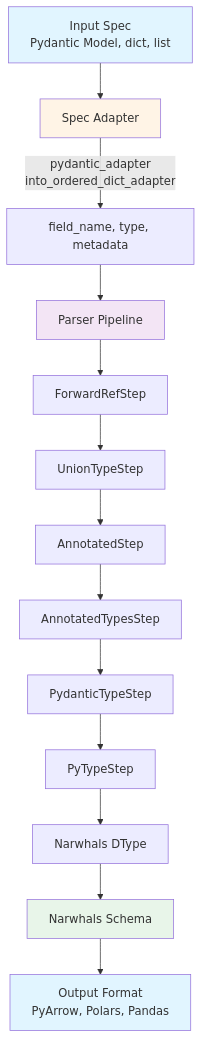
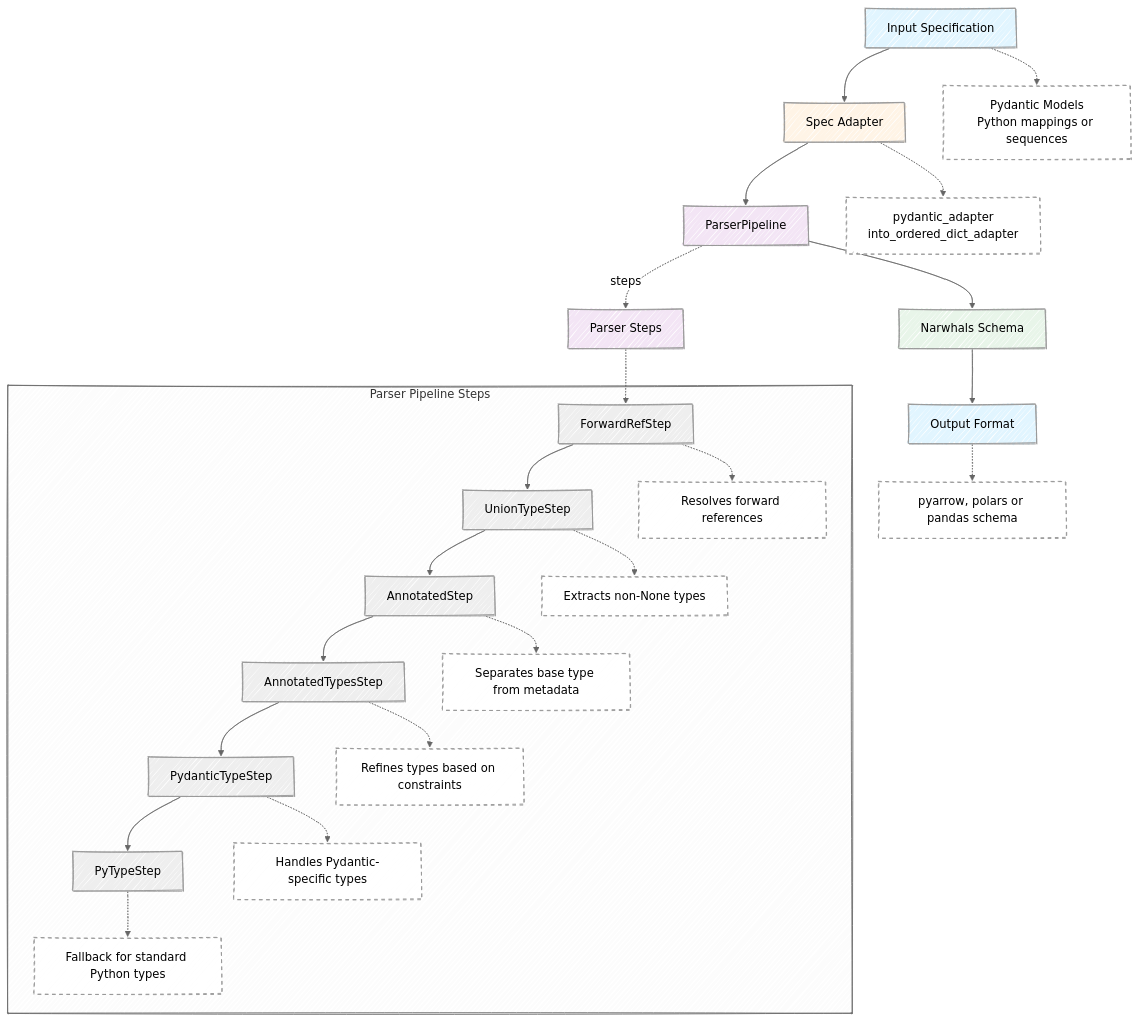
The diagram in docs/architecture.md (FBruzzesi/anyschema), drawn with Mermaid before and after one commit. The commit also changed other lines of this file and 1 other file, not shown here.

Commit message:
architecture

````diff
--- a/docs/architecture.md
+++ b/docs/architecture.md
@@ -12,23 +14,62 @@
 ```mermaid
+---
+config:
+  look: handDrawn
+  theme: neutral
+---
 flowchart TD
-    A[Input Spec<br/>Pydantic Model, dict, list] --> B[Spec Adapter]
-    B -->|pydantic_adapter<br/>into_ordered_dict_adapter| C[field_name, type, metadata]
-    C --> D[Parser Pipeline]
+    A[Input Specification] --> B[Spec Adapter]
+    B --> C[ParserPipeline]
+    C --> D[Narwhals Schema]
+    D --> E[Output Format]
 
-    D --> E[ForwardRefStep]
-    E --> F[UnionTypeStep]
-    F --> G[AnnotatedStep]
-    G --> H[AnnotatedTypesStep]
-    H --> I[PydanticTypeStep]
-    I --> J[PyTypeStep]
+    NA["Pydantic Models<br/>Python mappings or sequences"]
+    NB["pydantic_adapter<br/>into_ordered_dict_adapter"]
+    NE["pyarrow, polars or pandas schema"]
 
-    J --> K[Narwhals DType]
-    K --> L[Narwhals Schema]
-    L --> M[Output Format<br/>PyArrow, Polars, Pandas]
+    A -.-> NA
+    B -.-> NB
+    E -.-> NE
+
+    C -.->|steps| P[Parser Steps]
+
+    subgraph Pipeline["Parser Pipeline Steps"]
+        P1[ForwardRefStep] --> P2[UnionTypeStep]
+        P2 --> P3[AnnotatedStep]
+        P3 --> P4[AnnotatedTypesStep]
+        P4 --> P5[PydanticTypeStep]
+        P5 --> P6[PyTypeStep]
+
+        N1["Resolves forward references"]
+        N2["Extracts non-None types"]
+        N3["Separates base type from metadata"]
+        N4["Refines types based on constraints"]
+        N5["Handles Pydantic-specific types"]
+        N6["Fallback for standard Python types"]
+
+        P1 -.-> N1
+        P2 -.-> N2
+        P3 -.-> N3
+        P4 -.-> N4
+        P5 -.-> N5
+        P6 -.-> N6
+    end
+
+    P -.-> P1
 
     style A fill:#e1f5ff
     style B fill:#fff4e6
-    style D fill:#f3e5f5
-    style L fill:#e8f5e9
-    style M fill:#e1f5ff
+    style C fill:#f3e5f5
+    style D fill:#e8f5e9
+    style E fill:#e1f5ff
+    style NA fill:#fff,stroke:#999,stroke-dasharray: 5 5
+    style NB fill:#fff,stroke:#999,stroke-dasharray: 5 5
+    style NE fill:#fff,stroke:#999,stroke-dasharray: 5 5
+    style N1 fill:#fff,stroke:#999,stroke-dasharray: 5 5
+    style N2 fill:#fff,stroke:#999,stroke-dasharray: 5 5
+    style N3 fill:#fff,stroke:#999,stroke-dasharray: 5 5
+    style N4 fill:#fff,stroke:#999,stroke-dasharray: 5 5
+    style N5 fill:#fff,stroke:#999,stroke-dasharray: 5 5
+    style N6 fill:#fff,stroke:#999,stroke-dasharray: 5 5
+    style P fill:#f3e5f5
 ```
````
